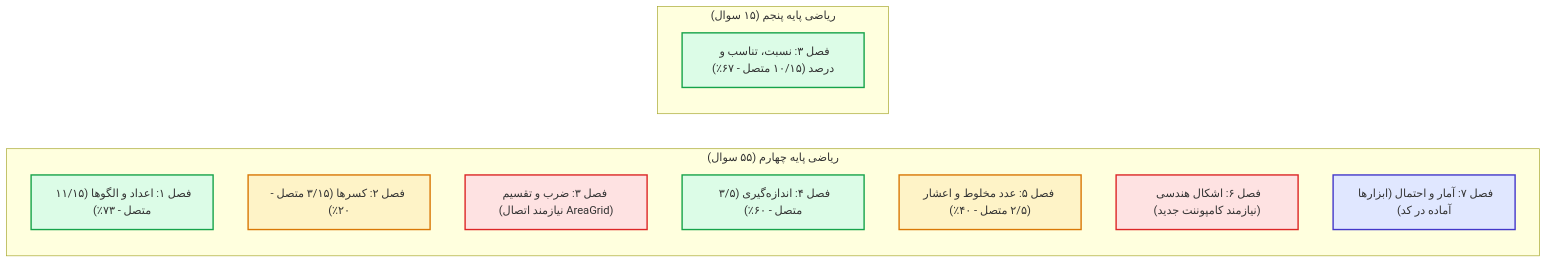
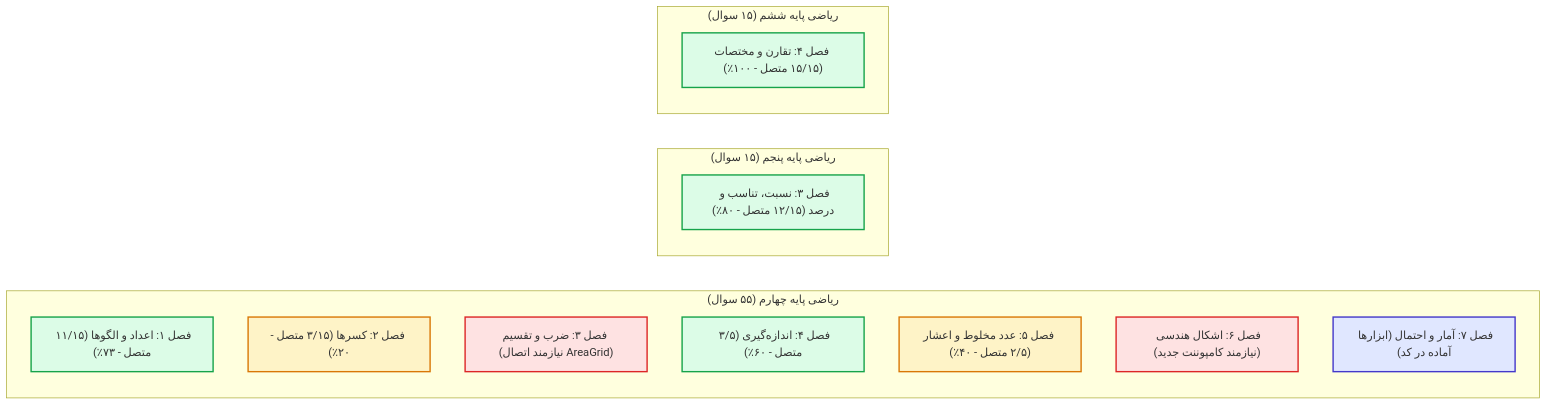
One commit to javadderoom/education changed the diagram in docs/curriculum_items_tools_catalog.md. Above: the diagram before and after it, drawn with Mermaid. The commit also changed other lines of this file and 17 other files, not shown here.

````diff
--- a/docs/curriculum_items_tools_catalog.md
+++ b/docs/curriculum_items_tools_catalog.md
@@ -21,23 +22,27 @@
 ```mermaid
 flowchart LR
     subgraph Grade4["ریاضی پایه چهارم (۵۵ سوال)"]
         CH1["فصل ۱: اعداد و الگوها (۱۱/۱۵ متصل - ۷۳٪)"]
         CH2["فصل ۲: کسرها (۳/۱۵ متصل - ۲۰٪)"]
         CH3["فصل ۳: ضرب و تقسیم (نیازمند اتصال AreaGrid)"]
         CH4["فصل ۴: اندازه‌گیری (۳/۵ متصل - ۶۰٪)"]
         CH5["فصل ۵: عدد مخلوط و اعشار (۲/۵ متصل - ۴۰٪)"]
         CH6["فصل ۶: اشکال هندسی (نیازمند کامپوننت جدید)"]
         CH7["فصل ۷: آمار و احتمال (ابزارها آماده در کد)"]
     end
     subgraph Grade5["ریاضی پایه پنجم (۱۵ سوال)"]
-        G5CH3["فصل ۳: نسبت، تناسب و درصد (۱۰/۱۵ متصل - ۶۷٪)"]
+        G5CH3["فصل ۳: نسبت، تناسب و درصد (۱۲/۱۵ متصل - ۸۰٪)"]
+    end
+    subgraph Grade6["ریاضی پایه ششم (۱۵ سوال)"]
+        G6CH4["فصل ۴: تقارن و مختصات (۱۵/۱۵ متصل - ۱۰۰٪)"]
     end
     style CH1 fill:#dcfce7,stroke:#16a34a,stroke-width:2px
+    style G6CH4 fill:#dcfce7,stroke:#16a34a,stroke-width:2px
     style G5CH3 fill:#dcfce7,stroke:#16a34a,stroke-width:2px
     style CH4 fill:#dcfce7,stroke:#16a34a,stroke-width:2px
     style CH5 fill:#fef3c7,stroke:#d97706,stroke-width:2px
     style CH2 fill:#fef3c7,stroke:#d97706,stroke-width:2px
     style CH7 fill:#e0e7ff,stroke:#4338ca,stroke-width:2px
     style CH3 fill:#fee2e2,stroke:#dc2626,stroke-width:2px
     style CH6 fill:#fee2e2,stroke:#dc2626,stroke-width:2px
 ```
````
